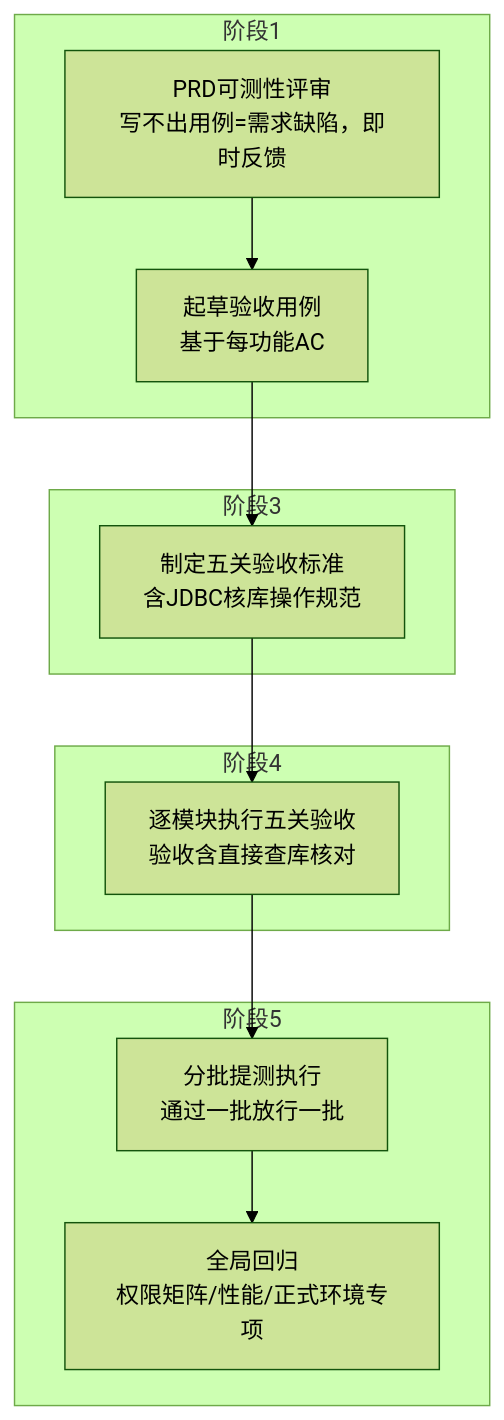
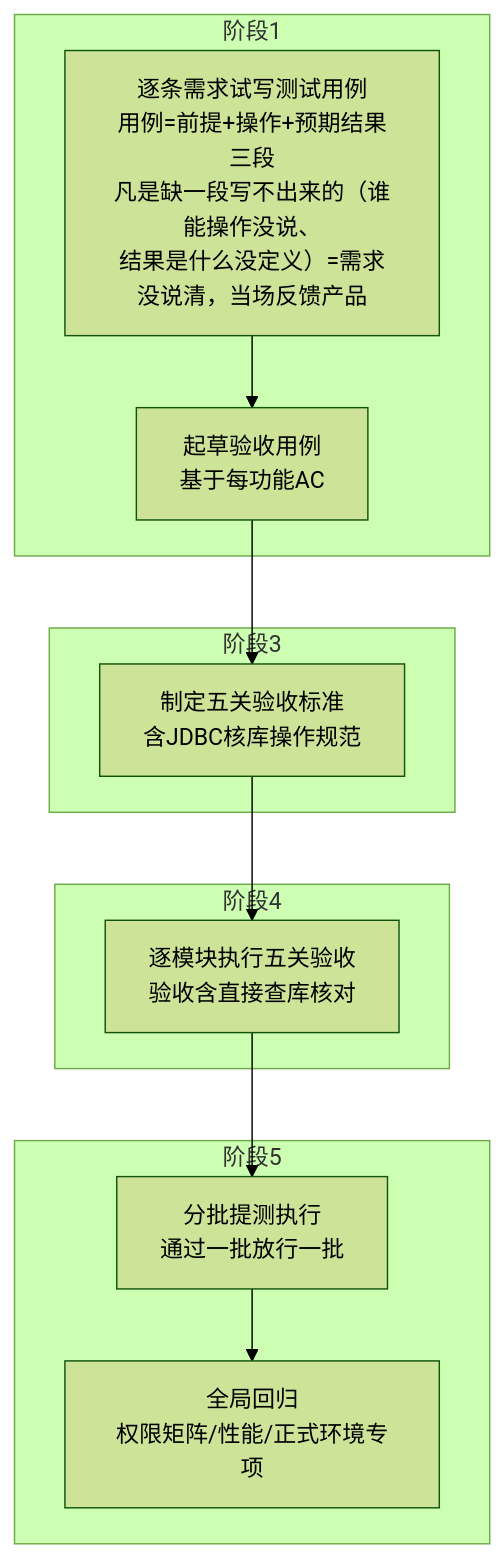
Before and after one commit to Woaini654321/efficiency-improvement: the sixth of 6 diagrams in 3.AI提效协同开发新模式：前后端分离项目全流程（流程图与说明）.md, drawn with Mermaid (forest theme). The commit also changed other lines of this file, not shown here.

````diff
--- a/3.AI提效协同开发新模式：前后端分离项目全流程（流程图与说明）.md
+++ b/3.AI提效协同开发新模式：前后端分离项目全流程（流程图与说明）.md
@@ -247,16 +248,16 @@
 ```mermaid
 flowchart TD
     subgraph T1["阶段1"]
-        U1["PRD可测性评审<br/>写不出用例=需求缺陷，即时反馈"] --> U2["起草验收用例<br/>基于每功能AC"]
+        U1["逐条需求试写测试用例<br/>用例=前提+操作+预期结果三段<br/>凡是缺一段写不出来的（谁能操作没说、<br/>结果是什么没定义）=需求没说清，当场反馈产品"] --> U2["起草验收用例<br/>基于每功能AC"]
     end
     subgraph T3["阶段3"]
         U3["制定五关验收标准<br/>含JDBC核库操作规范"]
     end
     subgraph T4["阶段4"]
         U4["逐模块执行五关验收<br/>验收含直接查库核对"]
     end
     subgraph T5["阶段5"]
         U5["分批提测执行<br/>通过一批放行一批"] --> U6["全局回归<br/>权限矩阵/性能/正式环境专项"]
     end
     U2 --> U3 --> U4 --> U5
 ```
````
